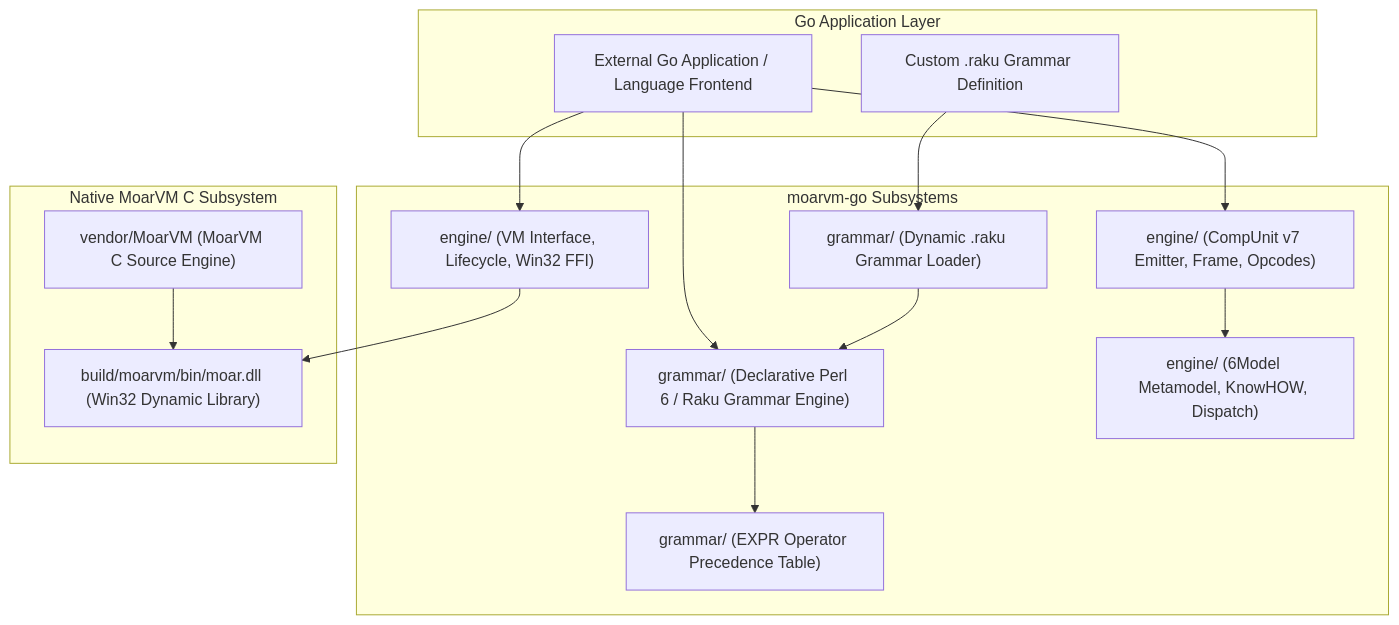
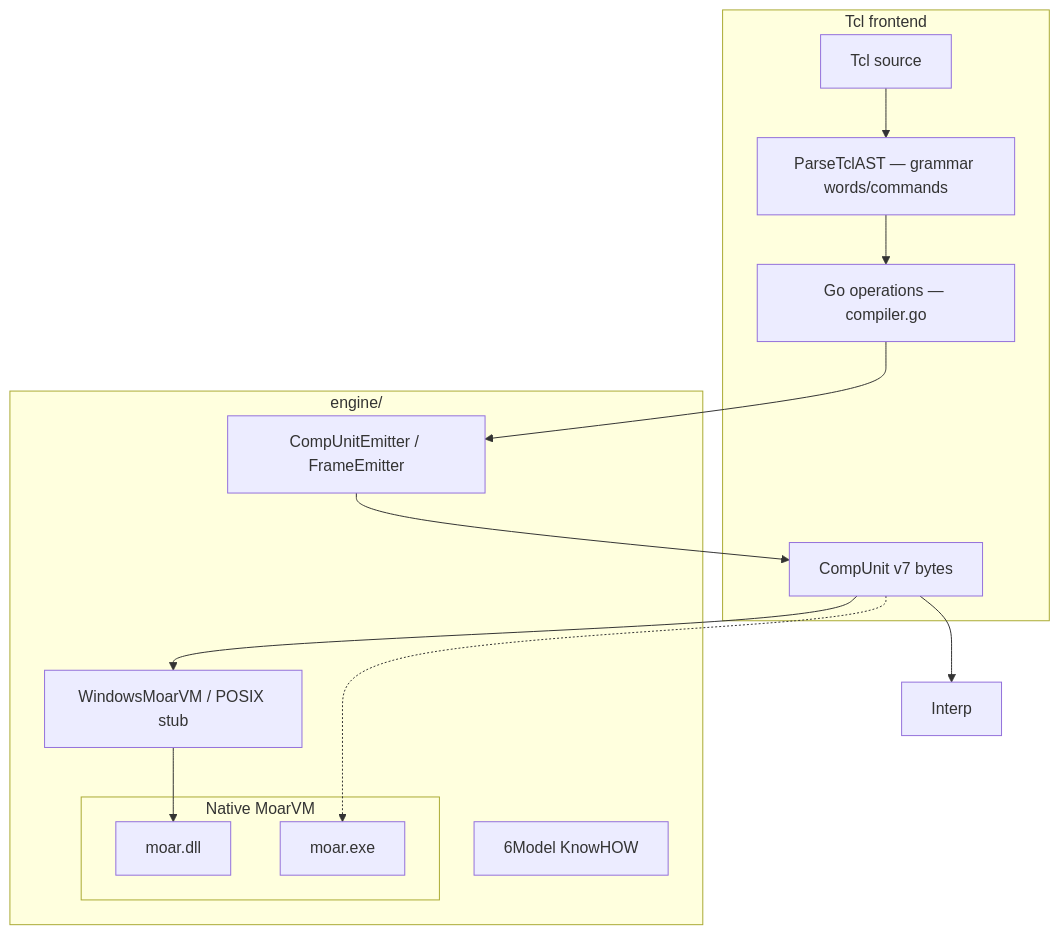
Before and after one commit to xyzzyapps/raptor: the diagram in moarvm-go/SPEC.md, drawn with Mermaid. The commit also changed other lines of this file and 56 other files, not shown here.

First line of the commit message:
Extract gcre and switch Tcl/Raptor parse to Raku-subset grammars.

````diff
--- a/moarvm-go/SPEC.md
+++ b/moarvm-go/SPEC.md
@@ -11,31 +11,27 @@
 ```mermaid
 flowchart TD
-    subgraph HostApp [Go Application Layer]
-        UserApp["External Go Application / Language Frontend"]
-        CustomGrammar["Custom .raku Grammar Definition"]
+    subgraph Frontend [Tcl frontend]
+        Src["Tcl source"]
+        AST["ParseTclAST — grammar words/commands"]
+        Ops["Go operations — compiler.go"]
+        CU["CompUnit v7 bytes"]
     end
 
-    subgraph MoarVMGoPkg [moarvm-go Subsystems]
-        GrammarEngine["grammar/ (Declarative Perl 6 / Raku Grammar Engine)"]
-        ExprClimber["grammar/ (EXPR Operator Precedence Table)"]
-        GrammarLoader["grammar/ (Dynamic .raku Grammar Loader)"]
-        Engine["engine/ (VM Interface, Lifecycle, Win32 FFI)"]
-        BytecodeEmitter["engine/ (CompUnit v7 Emitter, Frame, Opcodes)"]
-        SixModel["engine/ (6Model Metamodel, KnowHOW, Dispatch)"]
+    subgraph Engine [engine/]
+        Emit["CompUnitEmitter / FrameEmitter"]
+        Native["moar.dll MVM_vm_run_bytecode"]
+        FFI["WindowsMoarVM / POSIX stub"]
+        Six["6Model KnowHOW"]
     end
 
-    subgraph NativeCVM [Native MoarVM C Subsystem]
-        MoarDLL["build/moarvm/bin/moar.dll (Win32 Dynamic Library)"]
-        MoarSrc["vendor/MoarVM (MoarVM C Source Engine)"]
+    subgraph Native [Native MoarVM]
+        DLL["moar.dll"]
+        Exe["moar.exe"]
     end
 
-    UserApp --> Engine
-    UserApp --> GrammarEngine
-    CustomGrammar --> GrammarLoader
-    GrammarLoader --> GrammarEngine
-    GrammarEngine --> ExprClimber
-    UserApp --> BytecodeEmitter
-    BytecodeEmitter --> SixModel
-    Engine --> MoarDLL
-    MoarSrc --> MoarDLL
+    Src --> AST --> Ops --> Emit --> CU
+    CU --> Interp
+    CU --> FFI
+    FFI --> DLL
+    CU -.-> Exe
 ```
````
